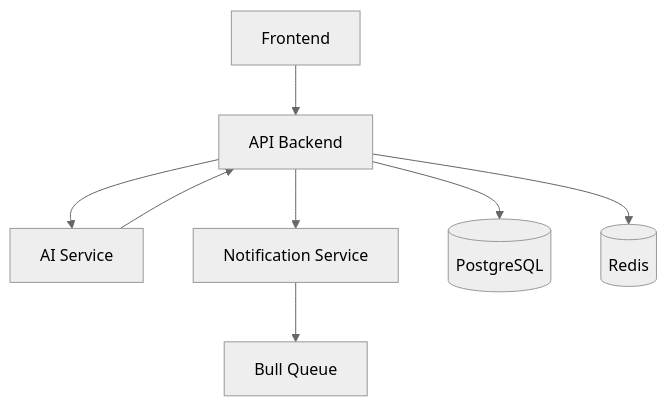
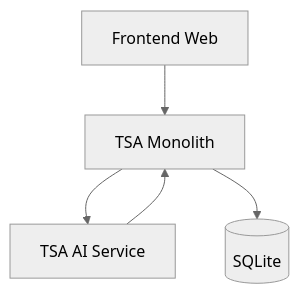
Before and after one commit to CamCoder337/tsa-innovlab: the diagram in services/README.md, drawn with Mermaid (neutral theme). The commit also changed other lines of this file and 3 other files, not shown here.

Commit message:
refactor: update README to reflect renamed services and architecture changes

````diff
--- a/services/README.md
+++ b/services/README.md
@@ -165,10 +130,7 @@
 ```mermaid
 graph TB
-    FE[Frontend] --> API[API Backend]
-    API --> AI[AI Service]
-    API --> NOTIF[Notification Service]
-    API --> DB[(PostgreSQL)]
-    API --> REDIS[(Redis)]
+    FE[Frontend Web] --> API[TSA Monolith]
+    API --> AI[TSA AI Service]
+    API --> DB[(SQLite)]
     AI --> API
-    NOTIF --> QUEUE[Bull Queue]
 ```
````
